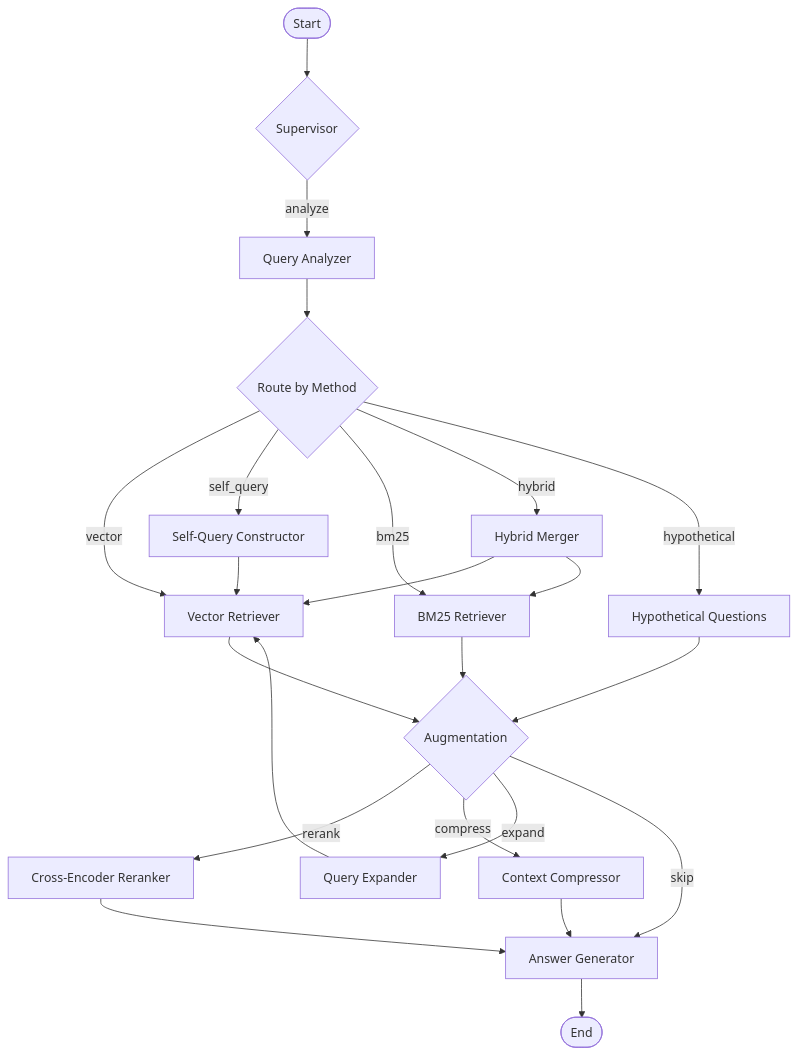
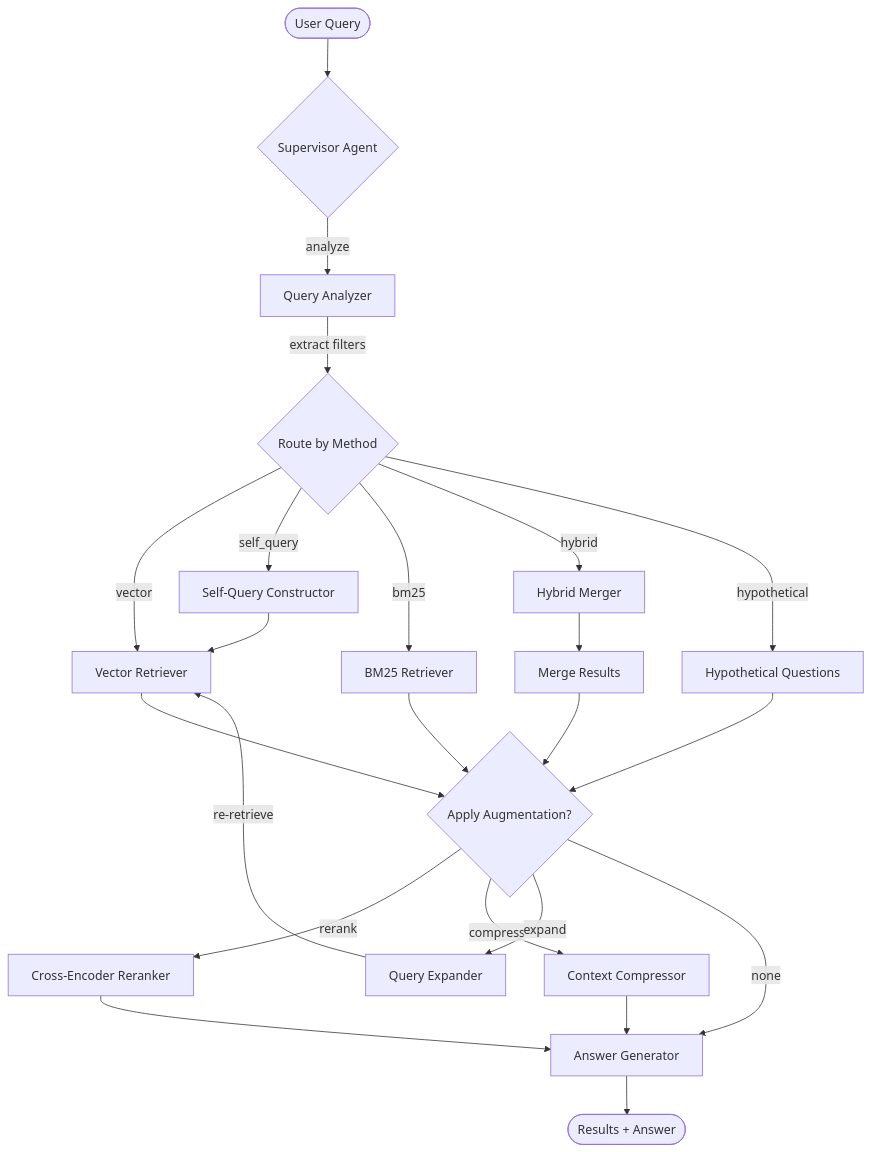
One commit to hassanmzia/self-querying-retriever changed the diagram in README.md. Above: the diagram before and after it, drawn with Mermaid. The commit also changed other lines of this file and 3 other files, not shown here.

````diff
--- a/README.md
+++ b/README.md
@@ -205,25 +731,31 @@
 ```mermaid
 graph TD
-    START([Start]) --> supervisor{Supervisor}
+    START([User Query]) --> supervisor{Supervisor Agent}
     supervisor -->|analyze| query_analyzer[Query Analyzer]
-    query_analyzer --> routing{Route by Method}
+    query_analyzer -->|extract filters| routing{Route by Method}
+
     routing -->|vector| vector_retriever[Vector Retriever]
     routing -->|self_query| self_query_constructor[Self-Query Constructor]
     routing -->|bm25| bm25_retriever[BM25 Retriever]
     routing -->|hybrid| hybrid_merger[Hybrid Merger]
     routing -->|hypothetical| hypo_question[Hypothetical Questions]
+
     self_query_constructor --> vector_retriever
-    hybrid_merger --> vector_retriever
-    hybrid_merger --> bm25_retriever
-    vector_retriever --> augmentation{Augmentation}
+    hybrid_merger --> merge[Merge Results]
+
+    vector_retriever --> augmentation{Apply Augmentation?}
     bm25_retriever --> augmentation
     hypo_question --> augmentation
+    merge --> augmentation
+
     augmentation -->|rerank| reranker[Cross-Encoder Reranker]
     augmentation -->|compress| compressor[Context Compressor]
     augmentation -->|expand| query_expander[Query Expander]
-    augmentation -->|skip| answer_generator[Answer Generator]
+    augmentation -->|none| answer_generator[Answer Generator]
+
     reranker --> answer_generator
     compressor --> answer_generator
-    query_expander --> vector_retriever
-    answer_generator --> END([End])
+    query_expander -->|re-retrieve| vector_retriever
+
+    answer_generator --> END([Results + Answer])
 ```
````
